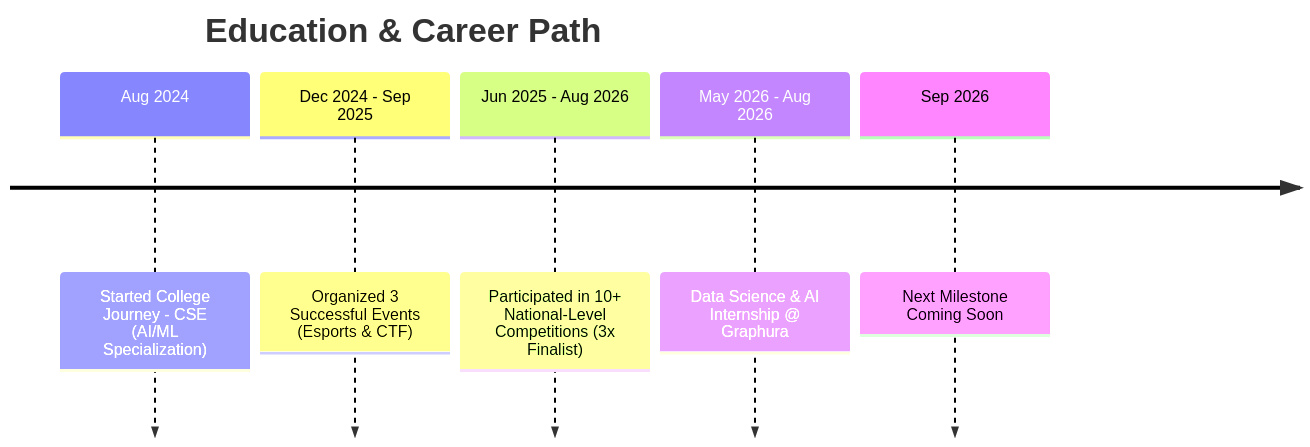
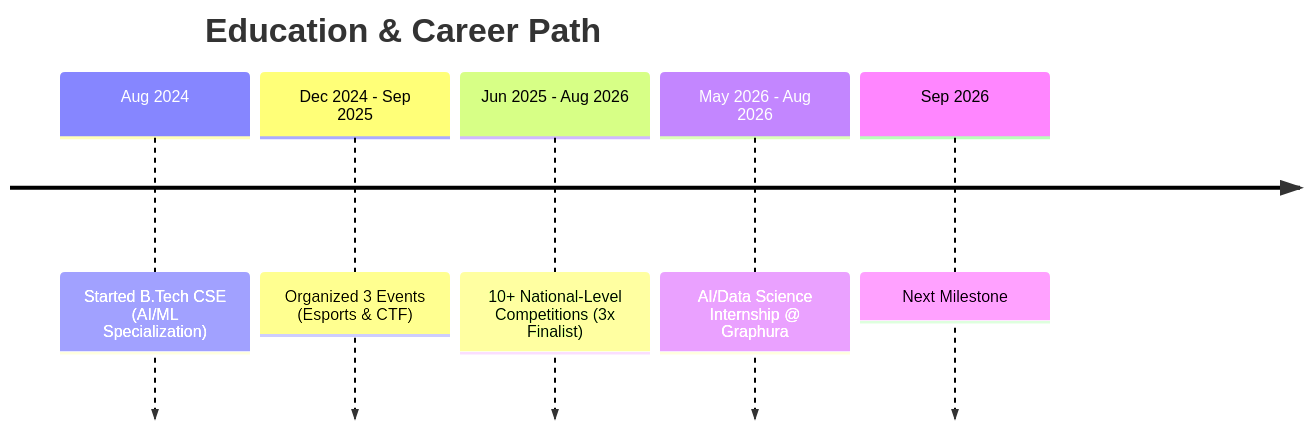
The diagram in README.md (madhav-gagneja/madhav-gagneja), drawn with Mermaid before and after one commit. The commit also changed other lines of this file, not shown here.

````diff
--- a/README.md
+++ b/README.md
@@ -39,9 +39,9 @@
 ```mermaid
 timeline
     title Education & Career Path
-    Aug 2024 : Started College Journey - CSE (AI/ML Specialization)
-    Dec 2024 - Sep 2025 : Organized 3 Successful Events (Esports & CTF)
-    Jun 2025 - Aug 2026 : Participated in 10+ National-Level Competitions (3x Finalist)
-    May 2026 - Aug 2026 : Data Science & AI Internship @ Graphura
-    Sep 2026 : Next Milestone Coming Soon
+    Aug 2024 : Started B.Tech CSE (AI/ML Specialization)
+    Dec 2024 - Sep 2025 : Organized 3 Events (Esports & CTF)
+    Jun 2025 - Aug 2026 : 10+ National-Level Competitions (3x Finalist)
+    May 2026 - Aug 2026 : AI/Data Science Internship @ Graphura
+    Sep 2026 : Next Milestone
 ```
````
